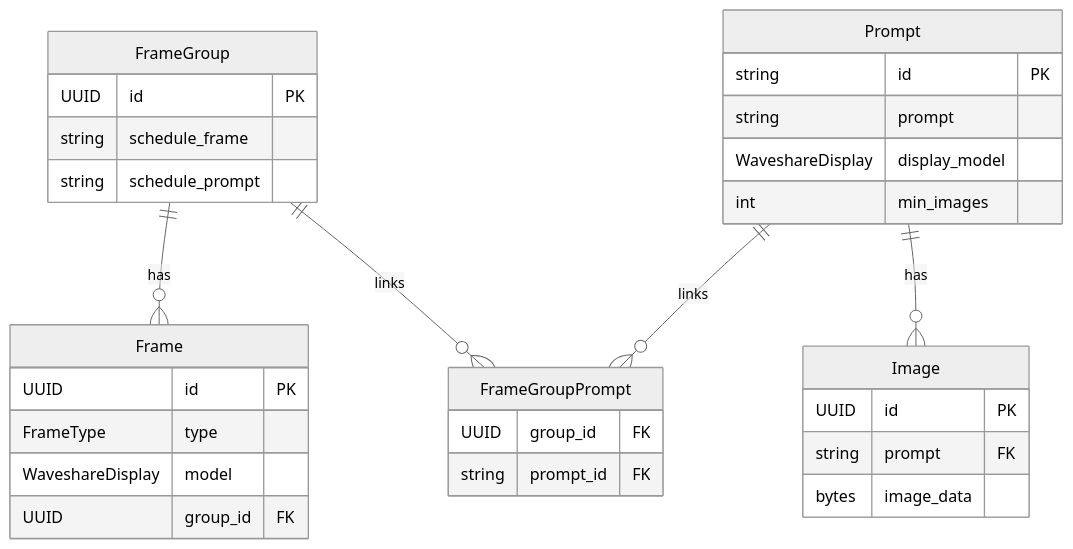
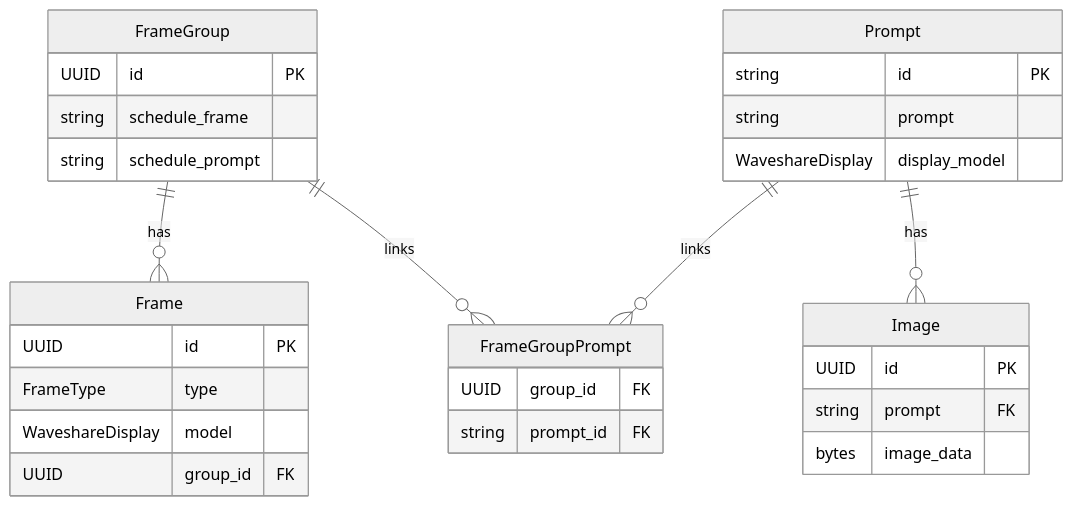
The diagram in services/canvas_coordinator/readme.md (charnley/eink-art-gallery), drawn with Mermaid (neutral theme) before and after one commit.

Commit message:
Remove min_images field from Prompt model
Removed 'min_images' field from Prompt model.

````diff
--- a/services/canvas_coordinator/readme.md
+++ b/services/canvas_coordinator/readme.md
@@ -6,39 +6,38 @@
 ```mermaid
 erDiagram
     FrameGroup ||--o{ Frame : "has"
     FrameGroup ||--o{ FrameGroupPrompt : "links"
     Prompt ||--o{ FrameGroupPrompt : "links"
     Prompt ||--o{ Image : "has"
 
     FrameGroup {
         UUID id PK
         string schedule_frame
         string schedule_prompt
     }
 
     FrameGroupPrompt {
         UUID group_id FK
         string prompt_id FK
     }
 
     Frame {
         UUID id PK
         FrameType type
         WaveshareDisplay model
         UUID group_id FK
     }
 
     Prompt {
         string id PK
         string prompt
         WaveshareDisplay display_model
-        int min_images
     }
 
     Image {
         UUID id PK
         string prompt FK
         bytes image_data
     }
 
 ```
````
